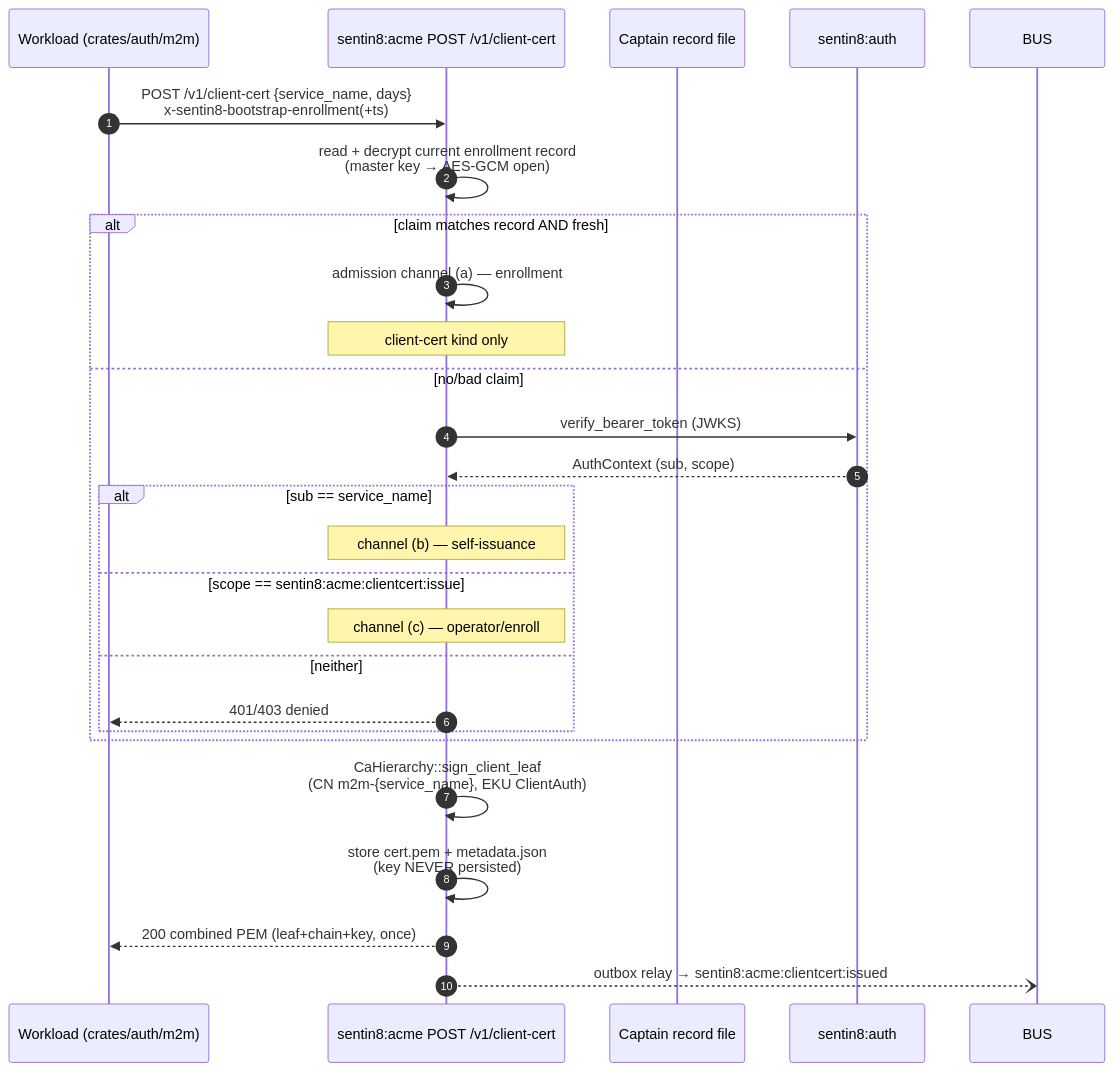
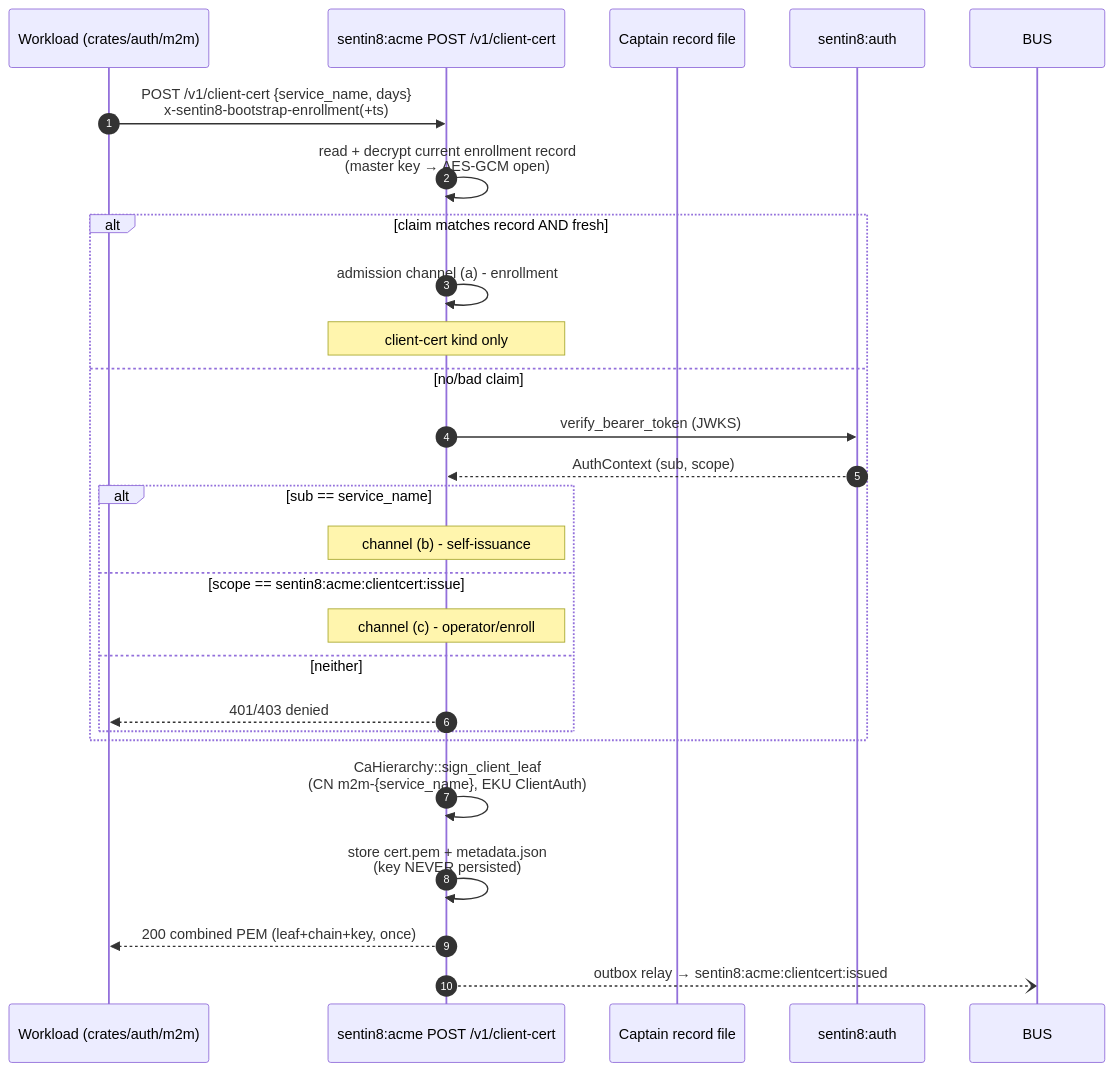
Before and after one commit to Sentin8/sentin8-site: the third of 10 diagrams in docs/services/acme/design.md, drawn with Mermaid. The commit also changed other lines of this file and 105 other files, not shown here.

````diff
--- a/docs/services/acme/design.md
+++ b/docs/services/acme/design.md
@@ -129,29 +129,29 @@
 ```mermaid
 sequenceDiagram
     autonumber
     participant W as Workload (crates/auth/m2m)
     participant A as sentin8:acme POST /v1/client-cert
     participant C as Captain record file
     participant AU as sentin8:auth
 
     W->>A: POST /v1/client-cert {service_name, days}<br/>x-sentin8-bootstrap-enrollment(+ts)
     A->>A: read + decrypt current enrollment record<br/>(master key → AES-GCM open)
     alt claim matches record AND fresh
-        A->>A: admission channel (a) — enrollment
+        A->>A: admission channel (a) - enrollment
         Note over A: client-cert kind only
     else no/bad claim
         A->>AU: verify_bearer_token (JWKS)
         AU-->>A: AuthContext (sub, scope)
         alt sub == service_name
-            Note over A: channel (b) — self-issuance
+            Note over A: channel (b) - self-issuance
         else scope == sentin8:acme:clientcert:issue
-            Note over A: channel (c) — operator/enroll
+            Note over A: channel (c) - operator/enroll
         else neither
             A-->>W: 401/403 denied
         end
     end
     A->>A: CaHierarchy::sign_client_leaf<br/>(CN m2m-{service_name}, EKU ClientAuth)
     A->>A: store cert.pem + metadata.json<br/>(key NEVER persisted)
     A-->>W: 200 combined PEM (leaf+chain+key, once)
     A--)BUS: outbox relay → sentin8:acme:clientcert:issued
 ```
````
